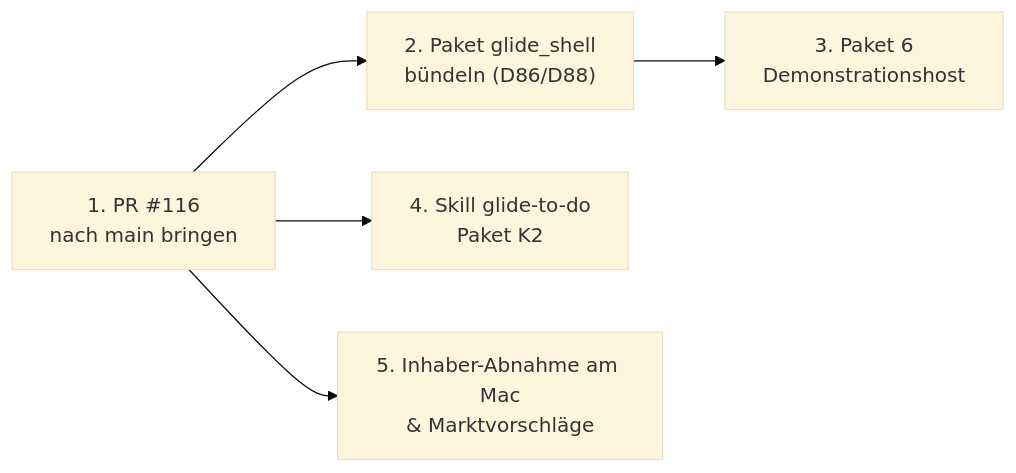
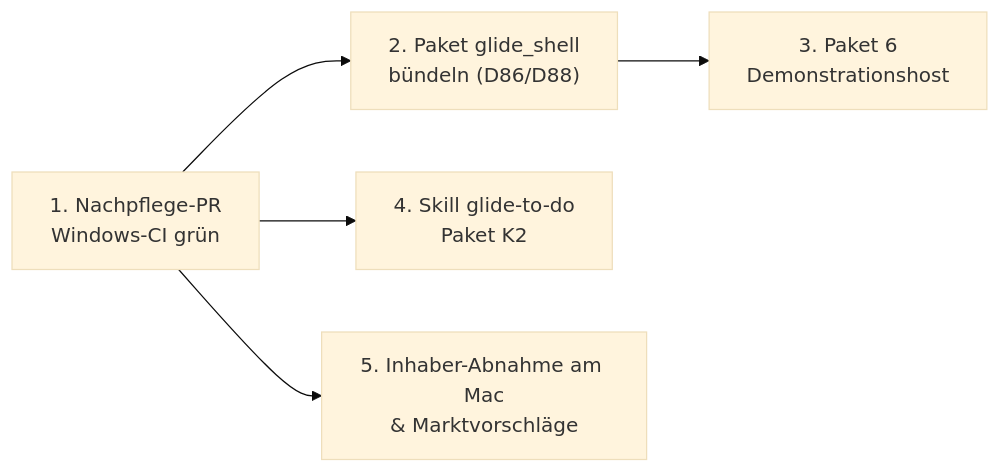
One commit to n05a-design/glide-to-do changed the second of 2 diagrams in 00_Arbeitsvorbereitung/Glide_Uebergabe.md. Above: the diagram before and after it, drawn with Mermaid (base theme). The commit also changed other lines of this file and 6 other files, not shown here.

First line of the commit message:
fix(qa): Nachpflege 3.69.0 – Windows-CI-Absturz im Desktop-Adapter-Test, T325 in der Vollprüfung, Dokumentstand

````diff
--- a/00_Arbeitsvorbereitung/Glide_Uebergabe.md
+++ b/00_Arbeitsvorbereitung/Glide_Uebergabe.md
@@ -78,7 +78,7 @@
 ```mermaid
 flowchart LR
-    S1["1. PR #116<br/>nach main bringen"] --> S2["2. Paket glide_shell<br/>bündeln (D86/D88)"]
+    S1["1. Nachpflege-PR<br/>Windows-CI grün"] --> S2["2. Paket glide_shell<br/>bündeln (D86/D88)"]
     S2 --> S3["3. Paket 6<br/>Demonstrationshost"]
     S1 --> K2["4. Skill glide-to-do<br/>Paket K2"]
     S1 --> INH["5. Inhaber-Abnahme am Mac<br/>& Marktvorschläge"]
 ```
````
